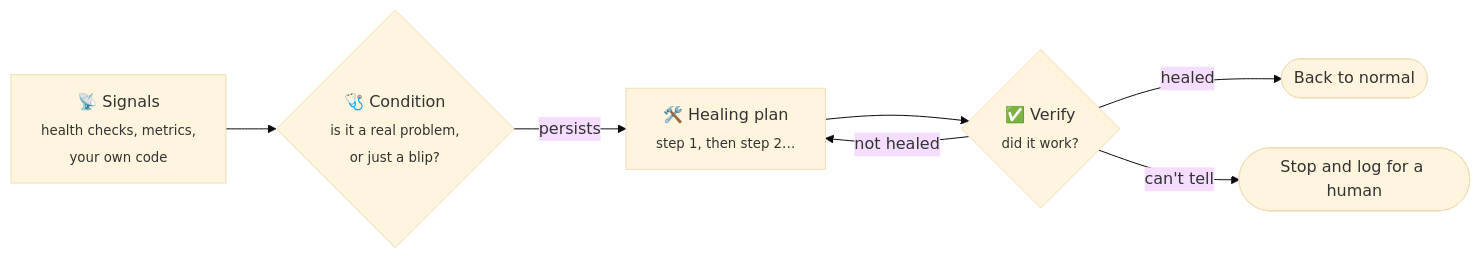
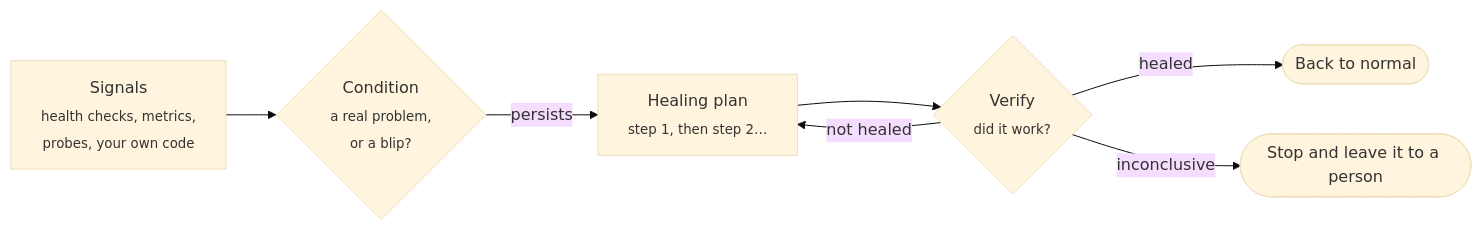
Before and after one commit to engineering87/Homeostat: the diagram in README.md, drawn with Mermaid (base theme). The commit also changed other lines of this file and 148 other files, not shown here.

````diff
--- a/README.md
+++ b/README.md
@@ -35,9 +36,9 @@
 ```mermaid
 flowchart LR
-    S["📡 Signals<br/><sub>health checks, metrics,<br/>your own code</sub>"] --> C{"🩺 Condition<br/><sub>is it a real problem,<br/>or just a blip?</sub>"}
-    C -- "persists" --> P["🛠️ Healing plan<br/><sub>step 1, then step 2…</sub>"]
-    P --> V{"✅ Verify<br/><sub>did it work?</sub>"}
+    S["Signals<br/><sub>health checks, metrics,<br/>probes, your own code</sub>"] --> C{"Condition<br/><sub>a real problem,<br/>or a blip?</sub>"}
+    C -- "persists" --> P["Healing plan<br/><sub>step 1, then step 2…</sub>"]
+    P --> V{"Verify<br/><sub>did it work?</sub>"}
     V -- "healed" --> OK(["Back to normal"])
     V -- "not healed" --> P
-    V -- "can't tell" --> H(["Stop and log for a human"])
+    V -- "inconclusive" --> H(["Stop and leave it to a person"])
 ```
````
